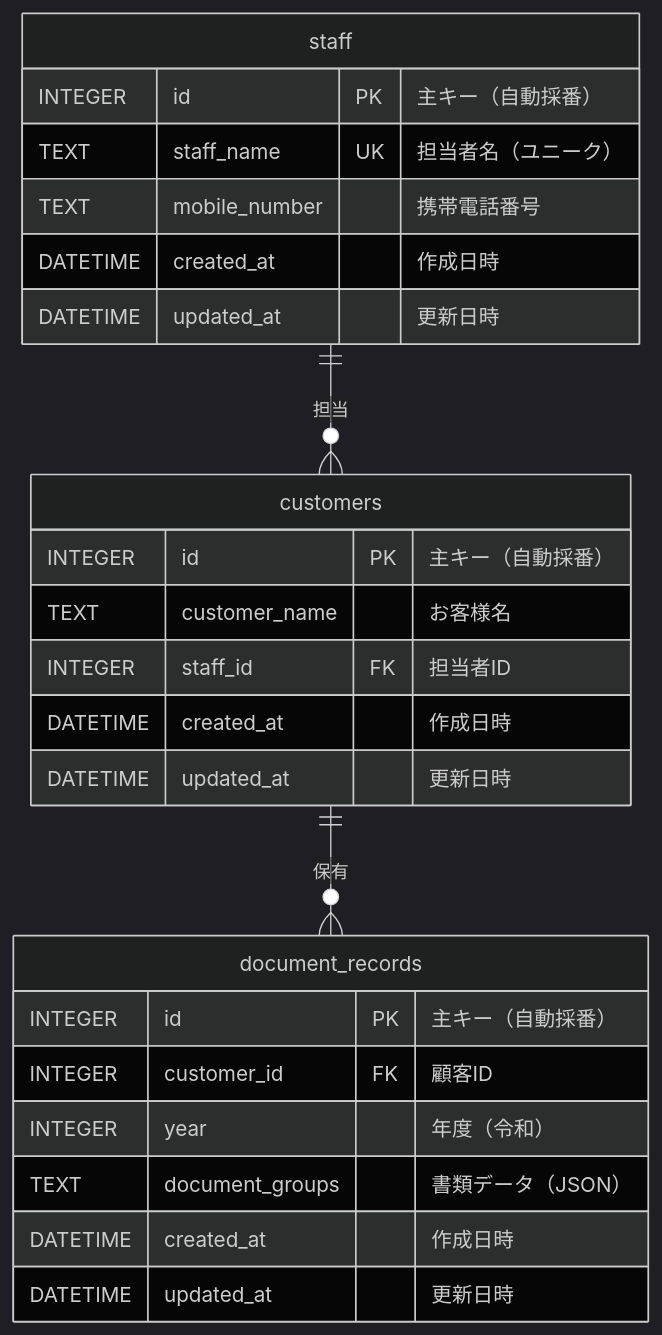
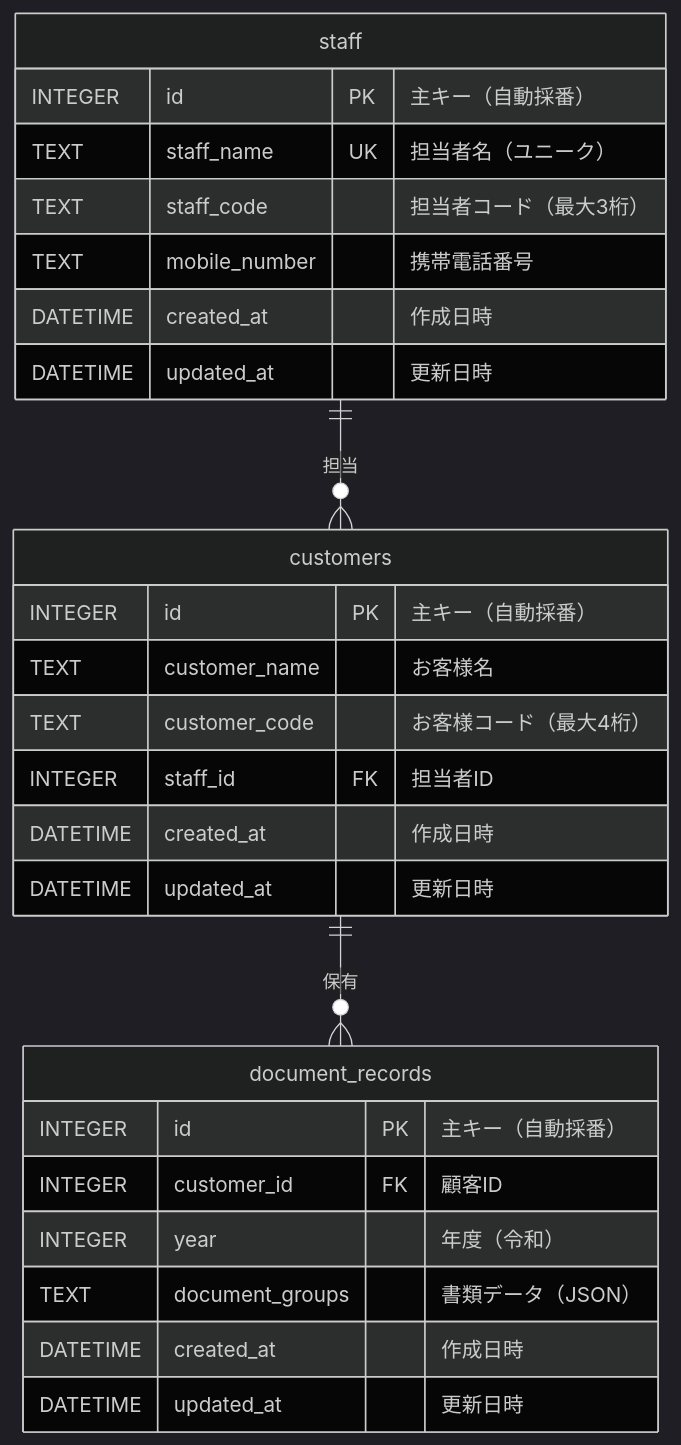
Before and after one commit to kojima1978/tax_apps: the diagram in apps/Required-documents-for-tax-return/docs/ER図.md, drawn with Mermaid (dark theme). The commit also changed other lines of this file and 23 other files, not shown here.

````diff
--- a/apps/Required-documents-for-tax-return/docs/ER図.md
+++ b/apps/Required-documents-for-tax-return/docs/ER図.md
@@ -7,30 +7,32 @@
 ```mermaid
 erDiagram
     staff ||--o{ customers : "担当"
     customers ||--o{ document_records : "保有"
 
     staff {
         INTEGER id PK "主キー（自動採番）"
         TEXT staff_name UK "担当者名（ユニーク）"
+        TEXT staff_code "担当者コード（最大3桁）"
         TEXT mobile_number "携帯電話番号"
         DATETIME created_at "作成日時"
         DATETIME updated_at "更新日時"
     }
 
     customers {
         INTEGER id PK "主キー（自動採番）"
         TEXT customer_name "お客様名"
+        TEXT customer_code "お客様コード（最大4桁）"
         INTEGER staff_id FK "担当者ID"
         DATETIME created_at "作成日時"
         DATETIME updated_at "更新日時"
     }
 
     document_records {
         INTEGER id PK "主キー（自動採番）"
         INTEGER customer_id FK "顧客ID"
         INTEGER year "年度（令和）"
         TEXT document_groups "書類データ（JSON）"
         DATETIME created_at "作成日時"
         DATETIME updated_at "更新日時"
     }
 ```
````
